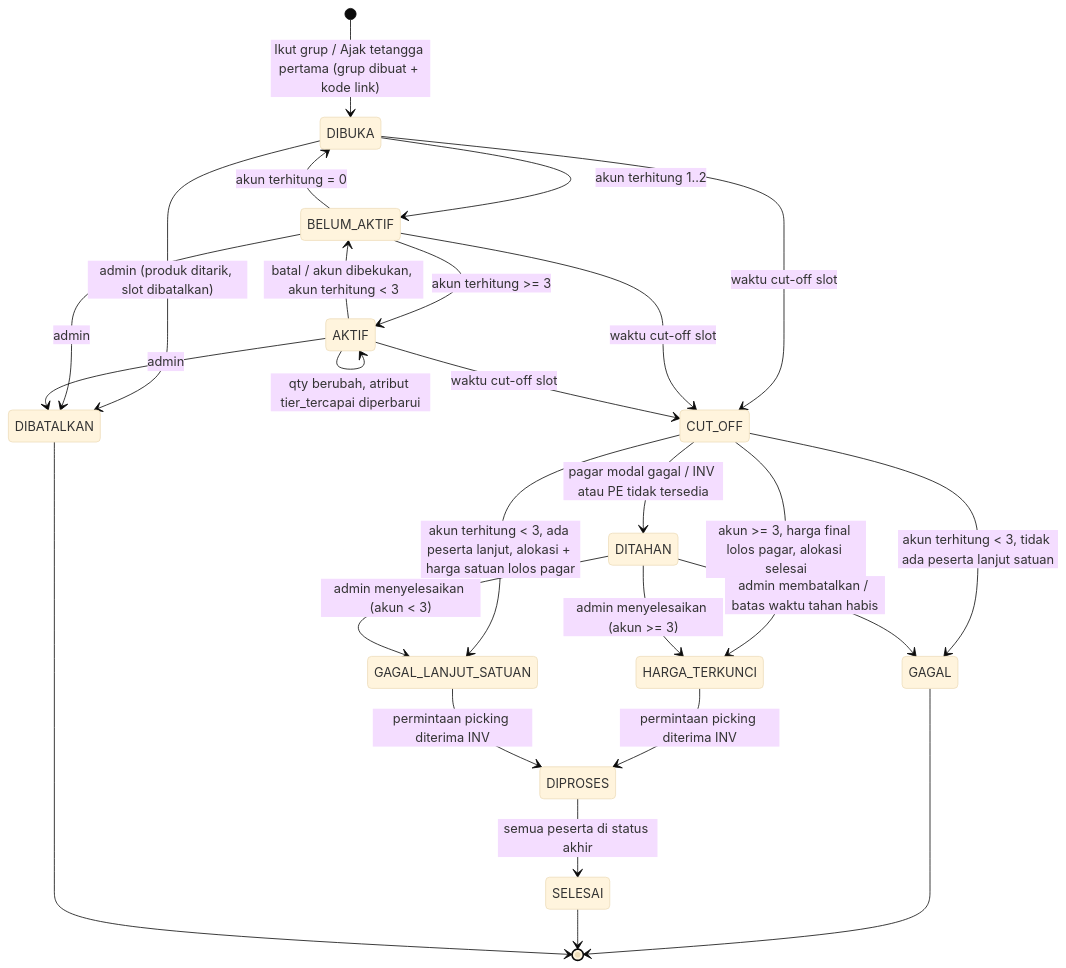
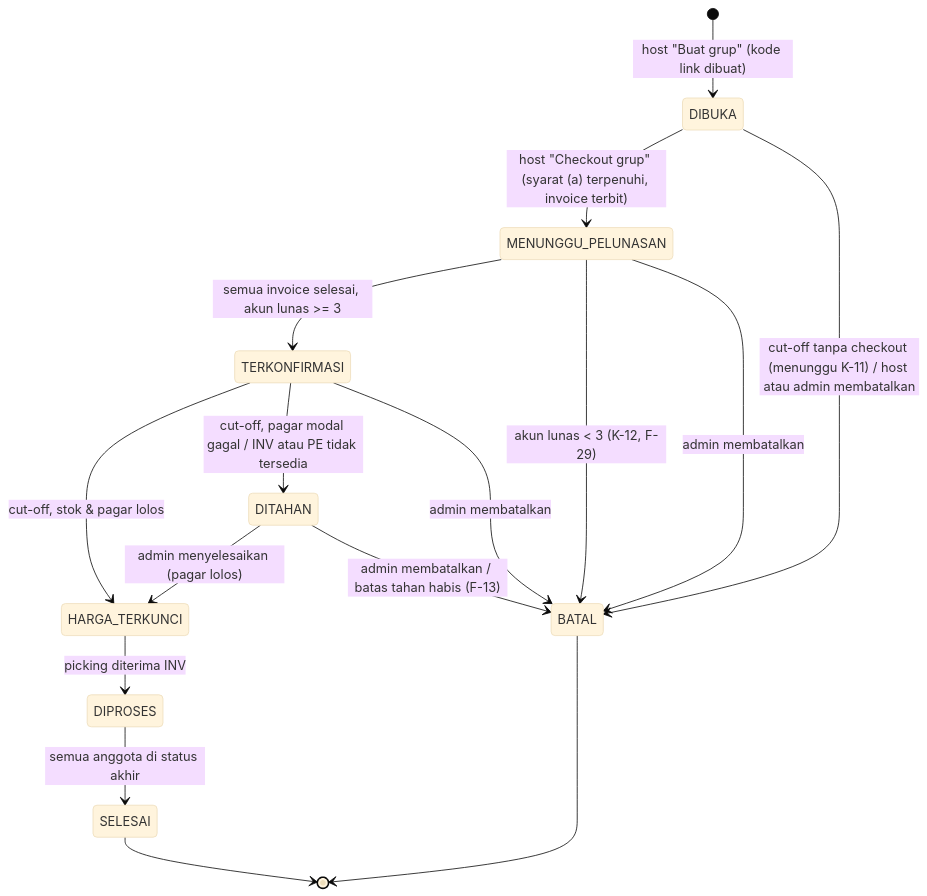
Before and after one commit to nirmalaniskalanalakamoirai-ai/Nekat-App: the first of 2 diagrams in docs/flow/group-order.md, drawn with Mermaid (base theme). The commit also changed other lines of this file and 3 other files, not shown here.

First line of the commit message:
T-047: sinkron flow grup, engine harga, T-009, ADR H9 dengan keputusan §11–§13

````diff
--- a/docs/flow/group-order.md
+++ b/docs/flow/group-order.md
@@ -89,28 +82,18 @@
 ```mermaid
 stateDiagram-v2
-    [*] --> DIBUKA: Ikut grup / Ajak tetangga pertama (grup dibuat + kode link)
-    DIBUKA --> BELUM_AKTIF: akun terhitung 1..2
-    BELUM_AKTIF --> AKTIF: akun terhitung >= 3
-    AKTIF --> BELUM_AKTIF: batal / akun dibekukan, akun terhitung < 3
-    BELUM_AKTIF --> DIBUKA: akun terhitung = 0
-    AKTIF --> AKTIF: qty berubah, atribut tier_tercapai diperbarui
-    DIBUKA --> CUT_OFF: waktu cut-off slot
-    BELUM_AKTIF --> CUT_OFF: waktu cut-off slot
-    AKTIF --> CUT_OFF: waktu cut-off slot
-    CUT_OFF --> GAGAL: akun terhitung < 3, tidak ada peserta lanjut satuan
-    CUT_OFF --> GAGAL_LANJUT_SATUAN: akun terhitung < 3, ada peserta lanjut, alokasi + harga satuan lolos pagar
-    CUT_OFF --> HARGA_TERKUNCI: akun >= 3, harga final lolos pagar, alokasi selesai
-    CUT_OFF --> DITAHAN: pagar modal gagal / INV atau PE tidak tersedia
-    DITAHAN --> HARGA_TERKUNCI: admin menyelesaikan (akun >= 3)
-    DITAHAN --> GAGAL_LANJUT_SATUAN: admin menyelesaikan (akun < 3)
-    DITAHAN --> GAGAL: admin membatalkan / batas waktu tahan habis
-    HARGA_TERKUNCI --> DIPROSES: permintaan picking diterima INV
-    GAGAL_LANJUT_SATUAN --> DIPROSES: permintaan picking diterima INV
-    DIPROSES --> SELESAI: semua peserta di status akhir
-    DIBUKA --> DIBATALKAN: admin (produk ditarik, slot dibatalkan)
-    BELUM_AKTIF --> DIBATALKAN: admin
-    AKTIF --> DIBATALKAN: admin
-    GAGAL --> [*]
+    [*] --> DIBUKA: host "Buat grup" (kode link dibuat)
+    DIBUKA --> MENUNGGU_PELUNASAN: host "Checkout grup" (syarat (a) terpenuhi, invoice terbit)
+    MENUNGGU_PELUNASAN --> TERKONFIRMASI: semua invoice selesai, akun lunas >= 3
+    MENUNGGU_PELUNASAN --> BATAL: akun lunas < 3 (K-12, F-29)
+    TERKONFIRMASI --> HARGA_TERKUNCI: cut-off, stok & pagar lolos
+    TERKONFIRMASI --> DITAHAN: cut-off, pagar modal gagal / INV atau PE tidak tersedia
+    DITAHAN --> HARGA_TERKUNCI: admin menyelesaikan (pagar lolos)
+    DITAHAN --> BATAL: admin membatalkan / batas tahan habis (F-13)
+    HARGA_TERKUNCI --> DIPROSES: picking diterima INV
+    DIPROSES --> SELESAI: semua anggota di status akhir
+    DIBUKA --> BATAL: cut-off tanpa checkout (menunggu K-11) / host atau admin membatalkan
+    MENUNGGU_PELUNASAN --> BATAL: admin membatalkan
+    TERKONFIRMASI --> BATAL: admin membatalkan
+    BATAL --> [*]
     SELESAI --> [*]
-    DIBATALKAN --> [*]
 ```
````
